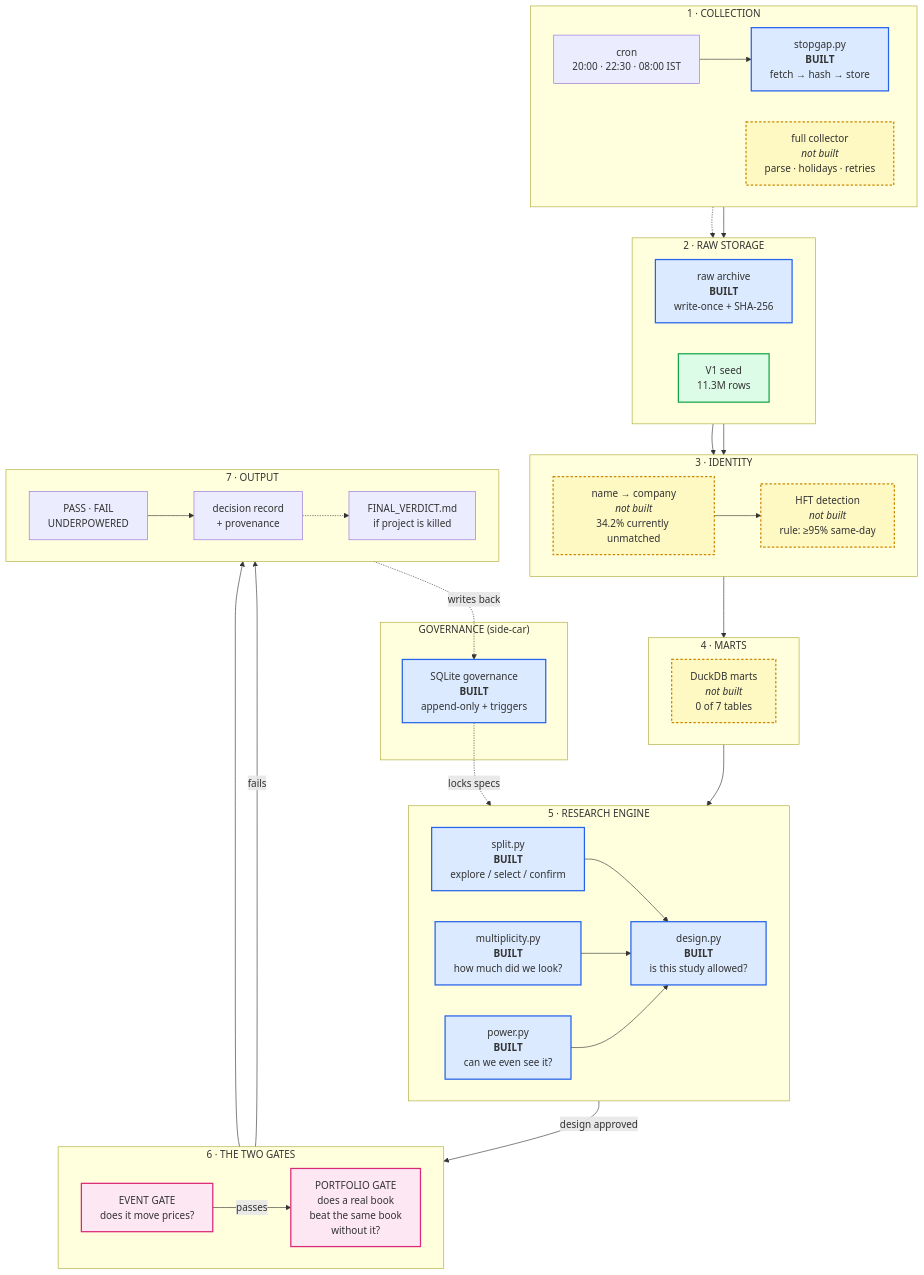
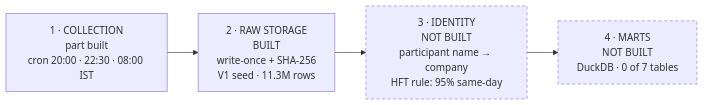
The second of 5 diagrams in docs/report/PROJECT_REPORT.md (markandeyavarma3-lab/MICC_V3), drawn with Mermaid before and after one commit. The commit also changed other lines of this file and 7 other files, not shown here.

First line of the commit message:
report: monochrome diagrams at print resolution

````diff
--- a/docs/report/PROJECT_REPORT.md
+++ b/docs/report/PROJECT_REPORT.md
@@ -684,77 +682,12 @@
 ```mermaid
-flowchart TB
-  subgraph COLLECT["1 · COLLECTION"]
-    direction LR
-    C1["stopgap.py<br/><b>BUILT</b><br/>fetch → hash → store"]
-    C2["full collector<br/><i>not built</i><br/>parse · holidays · retries"]
-    CRON["cron<br/>20:00 · 22:30 · 08:00 IST"]
-  end
+flowchart LR
+  C["1 · COLLECTION<br/>part built<br/>cron 20:00 · 22:30 · 08:00 IST"]
+  S["2 · RAW STORAGE<br/>BUILT<br/>write-once + SHA-256<br/>V1 seed · 11.3M rows"]
+  I["3 · IDENTITY<br/>NOT BUILT<br/>participant name → company<br/>HFT rule: 95% same-day"]
+  M["4 · MARTS<br/>NOT BUILT<br/>DuckDB · 0 of 7 tables"]
 
-  subgraph STORE["2 · RAW STORAGE"]
-    direction LR
-    S1["raw archive<br/><b>BUILT</b><br/>write-once + SHA-256"]
-    SEEDN["V1 seed<br/>11.3M rows"]
-  end
+  C --> S --> I --> M
 
-  subgraph IDENT["3 · IDENTITY"]
-    direction LR
-    I1["name → company<br/><i>not built</i><br/>34.2% currently unmatched"]
-    I2["HFT detection<br/><i>not built</i><br/>rule: ≥95% same-day"]
-  end
-
-  subgraph MARTS["4 · MARTS"]
-    direction LR
-    S2["DuckDB marts<br/><i>not built</i><br/>0 of 7 tables"]
-  end
-
-  subgraph GOVN["GOVERNANCE (side-car)"]
-    S3["SQLite governance<br/><b>BUILT</b><br/>append-only + triggers"]
-  end
-
-  subgraph RESEARCH["5 · RESEARCH ENGINE"]
-    direction LR
-    R1["power.py<br/><b>BUILT</b><br/>can we even see it?"]
-    R2["split.py<br/><b>BUILT</b><br/>explore / select / confirm"]
-    R3["multiplicity.py<br/><b>BUILT</b><br/>how much did we look?"]
-    R4["design.py<br/><b>BUILT</b><br/>is this study allowed?"]
-  end
-
-  subgraph GATES["6 · THE TWO GATES"]
-    direction LR
-    G1["EVENT GATE<br/>does it move prices?"]
-    G2["PORTFOLIO GATE<br/>does a real book<br/>beat the same book<br/>without it?"]
-  end
-
-  subgraph OUT["7 · OUTPUT"]
-    direction LR
-    O1["PASS · FAIL<br/>UNDERPOWERED"]
-    O2["decision record<br/>+ provenance"]
-    O3["FINAL_VERDICT.md<br/>if project is killed"]
-  end
-
-  CRON --> C1 --> S1
-  C2 -.-> S1
-  S1 --> I1
-  SEEDN --> I1
-  I1 --> I2 --> S2
-  S2 --> R1
-  R2 --> R4
-  R3 --> R4
-  R1 --> R4
-  R4 -->|"design approved"| G1
-  G1 -->|"passes"| G2
-  G1 -->|"fails"| O1
-  G2 --> O1 --> O2
-  S3 -.->|"locks specs"| R4
-  O2 -.->|"writes back"| S3
-  O2 -.-> O3
-
-  classDef built fill:#dbeafe,stroke:#2563eb,stroke-width:2px
-  classDef notbuilt fill:#fef9c3,stroke:#ca8a04,stroke-width:2px,stroke-dasharray:4 3
-  classDef gate fill:#fce7f3,stroke:#db2777,stroke-width:2px
-  classDef seed fill:#dcfce7,stroke:#16a34a,stroke-width:2px
-  class C1,S1,S3,R1,R2,R3,R4 built
-  class C2,S2,I1,I2 notbuilt
-  class G1,G2 gate
-  class SEEDN seed
+  classDef pending stroke-dasharray:5 4
+  class I,M pending
 ```
````
